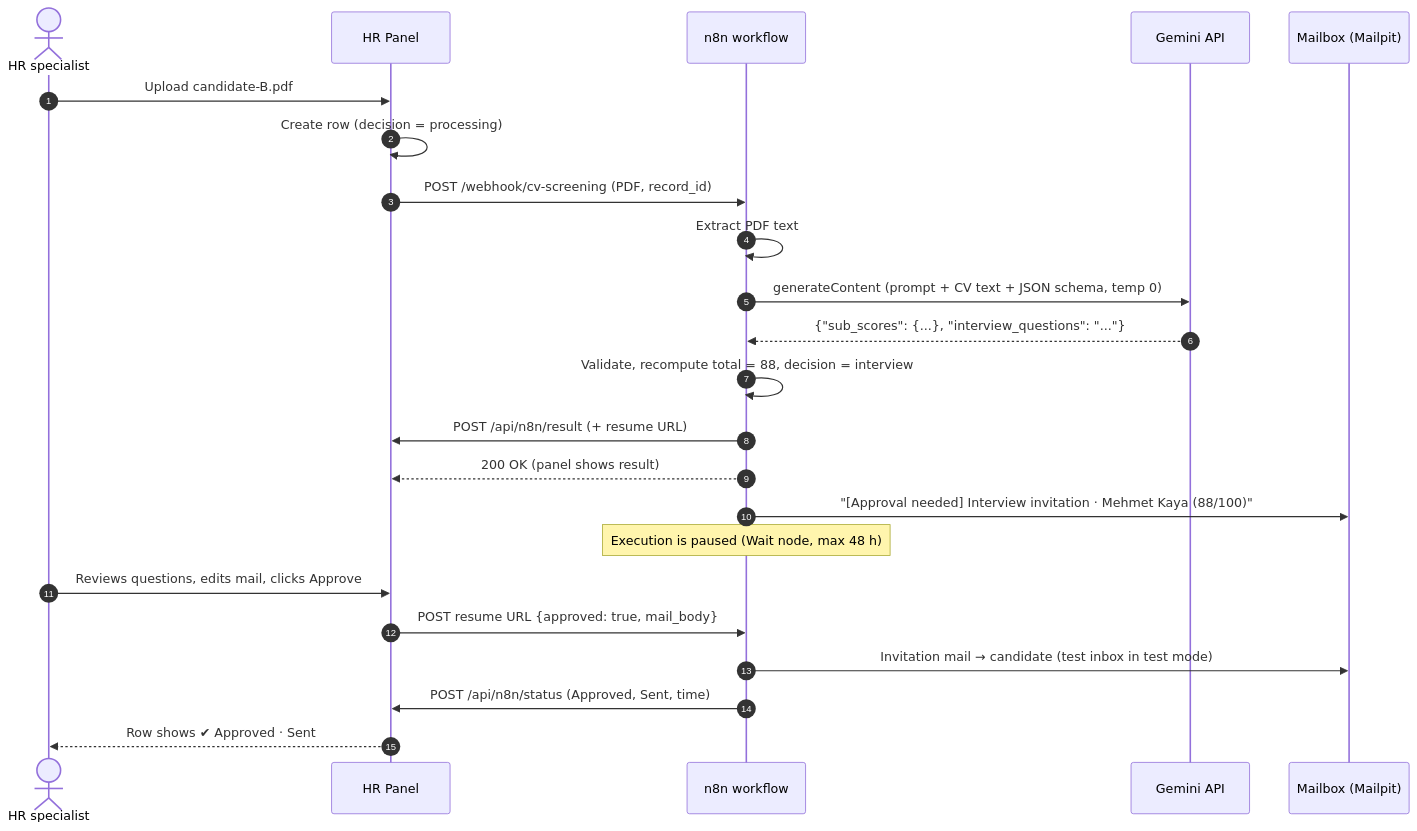
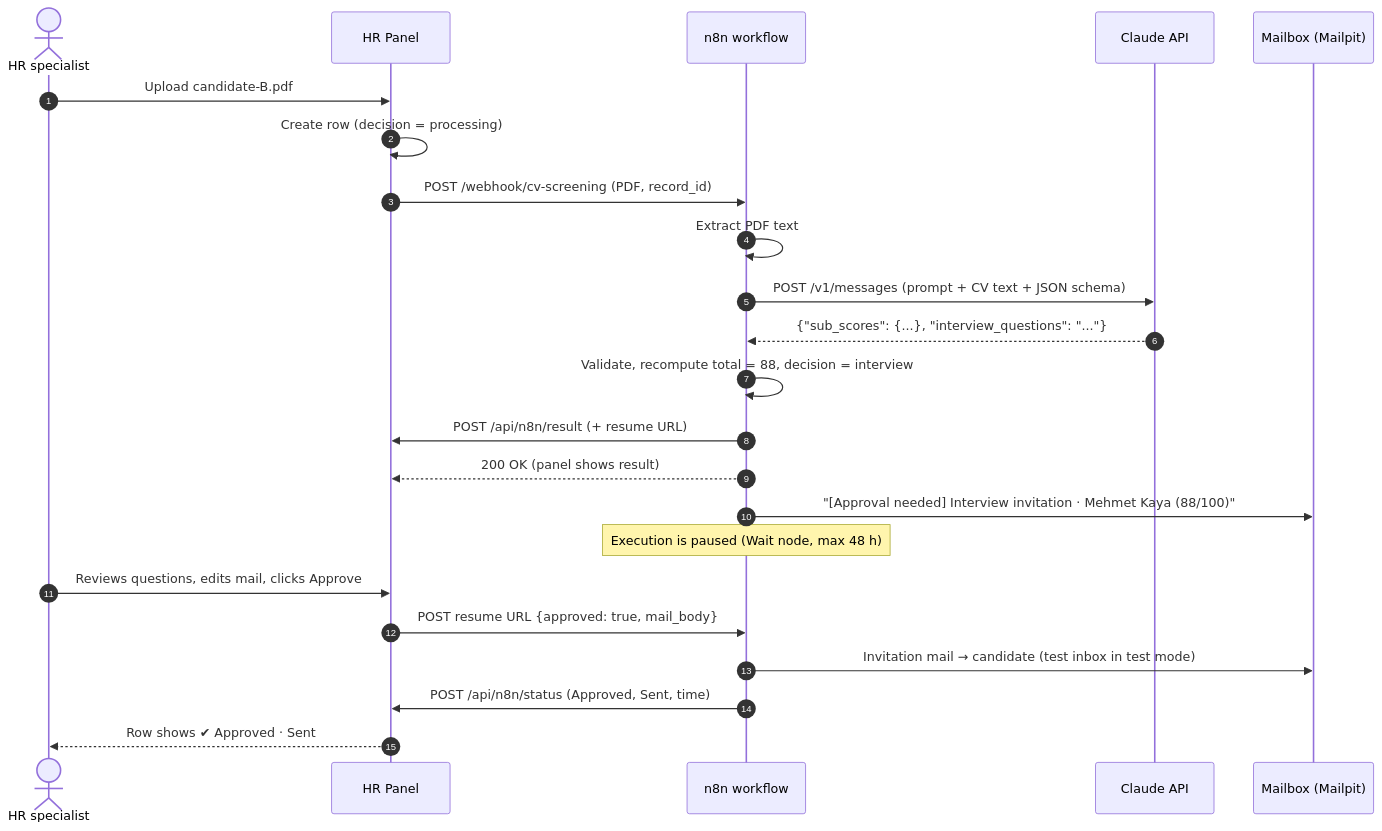
Before and after one commit to hkankyilmaz/ekomino-cv-screening: the fourth of 4 diagrams in README.md, drawn with Mermaid. The commit also changed other lines of this file and 18 other files, not shown here.

````diff
--- a/README.md
+++ b/README.md
@@ -239,26 +245,26 @@
 ```mermaid
 sequenceDiagram
     autonumber
     actor HR as HR specialist
     participant P as HR Panel
     participant N as n8n workflow
-    participant G as Gemini API
+    participant G as Claude API
     participant M as Mailbox (Mailpit)
 
     HR->>P: Upload candidate-B.pdf
     P->>P: Create row (decision = processing)
     P->>N: POST /webhook/cv-screening (PDF, record_id)
     N->>N: Extract PDF text
-    N->>G: generateContent (prompt + CV text + JSON schema, temp 0)
+    N->>G: POST /v1/messages (prompt + CV text + JSON schema)
     G-->>N: {"sub_scores": {...}, "interview_questions": "..."}
     N->>N: Validate, recompute total = 88, decision = interview
     N->>P: POST /api/n8n/result (+ resume URL)
     N-->>P: 200 OK (panel shows result)
     N->>M: "[Approval needed] Interview invitation · Mehmet Kaya (88/100)"
     Note over N: Execution is paused (Wait node, max 48 h)
     HR->>P: Reviews questions, edits mail, clicks Approve
     P->>N: POST resume URL {approved: true, mail_body}
     N->>M: Invitation mail → candidate (test inbox in test mode)
     N->>P: POST /api/n8n/status (Approved, Sent, time)
     P-->>HR: Row shows ✔ Approved · Sent
 ```
````
